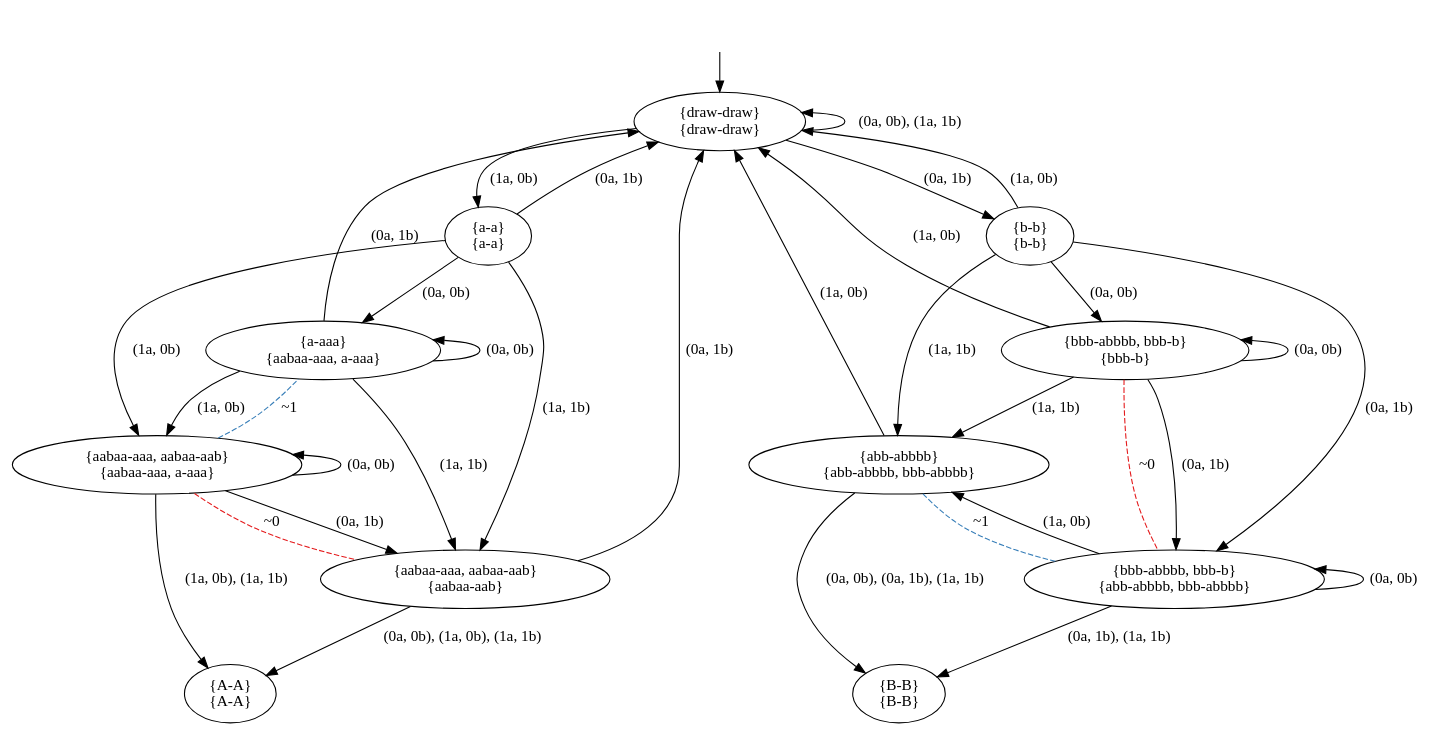
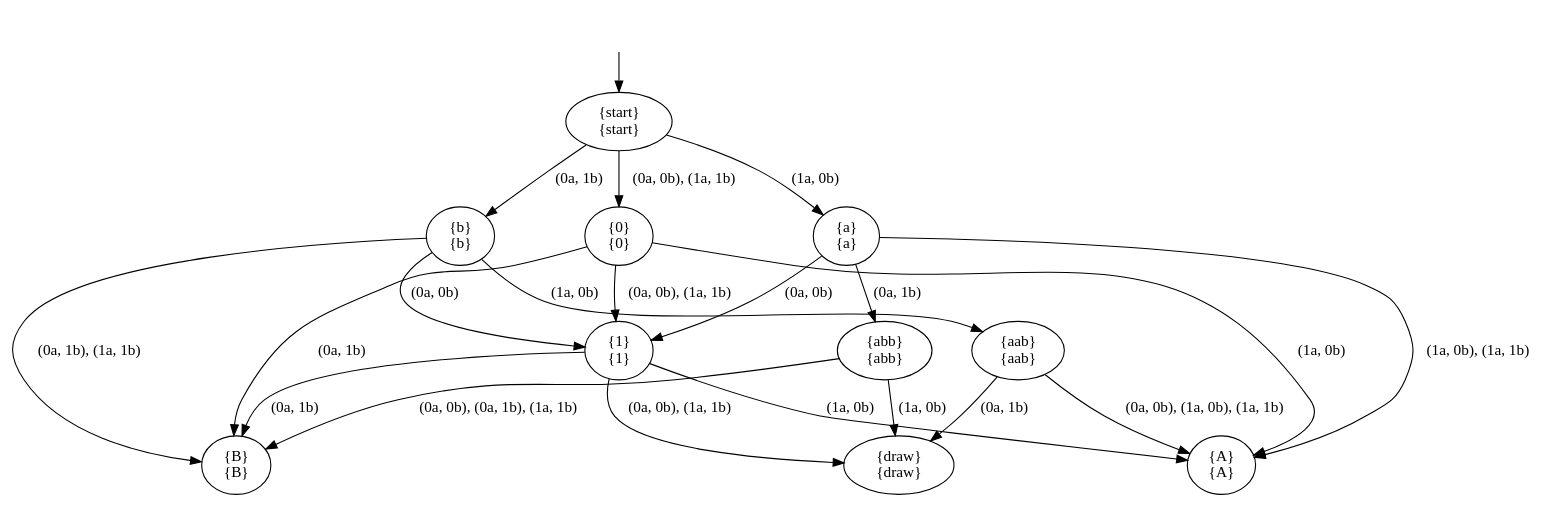
Before and after one commit to olandr/mkbsc: the diagram in pictures/GK2.dot, drawn with Graphviz. The commit also changed 4 other files, not shown here.

```diff
--- a/pictures/GK2.dot
+++ b/pictures/GK2.dot
@@ -1,52 +1,37 @@
 digraph  {
 concentrate=False;
 nodesep=0.5;
 ranksep=0.5;
 splines=True;
-4690057872 [label="{draw-draw}\n{draw-draw}"];
-4690057424 [label="{a-a}\n{a-a}"];
-4690057368 [label="{b-b}\n{b-b}"];
-4690057816 [label="{a-aaa}\n{aabaa-aaa, a-aaa}"];
-4690058040 [label="{aabaa-aaa, aabaa-aab}\n{aabaa-aaa, a-aaa}"];
-4690058432 [label="{aabaa-aaa, aabaa-aab}\n{aabaa-aab}"];
-4690058824 [label="{bbb-abbbb, bbb-b}\n{bbb-b}"];
-4690059216 [label="{bbb-abbbb, bbb-b}\n{abb-abbbb, bbb-abbbb}"];
-4689963944 [label="{abb-abbbb}\n{abb-abbbb, bbb-abbbb}"];
-4689963664 [label="{A-A}\n{A-A}"];
-4690125432 [label="{B-B}\n{B-B}"];
+4707407184 [label="{start}\n{start}"];
+4707051056 [label="{0}\n{0}"];
+4707437480 [label="{a}\n{a}"];
+4707043760 [label="{b}\n{b}"];
+4707445056 [label="{1}\n{1}"];
+4707445224 [label="{A}\n{A}"];
+4707445336 [label="{B}\n{B}"];
+4707445560 [label="{abb}\n{abb}"];
+4707445728 [label="{aab}\n{aab}"];
+4707445952 [label="{draw}\n{draw}"];
 hidden [label="", shape=none];
-4690057872 -> 4690057424  [action="('1a', '0b')", key="('1a', '0b')", label="(1a, 0b)"];
-4690057872 -> 4690057368  [action="('0a', '1b')", key="('0a', '1b')", label="(0a, 1b)"];
-4690057872 -> 4690057872  [action="(('0a', '0b'), ('1a', '1b'))", dir=back, key="(('0a', '0b'), ('1a', '1b'))", label="(0a, 0b), (1a, 1b)"];
-4690057424 -> 4690057816  [action="('0a', '0b')", key="('0a', '0b')", label="(0a, 0b)"];
-4690057424 -> 4690058040  [action="('1a', '0b')", key="('1a', '0b')", label="(1a, 0b)"];
-4690057424 -> 4690057872  [action="('0a', '1b')", key="('0a', '1b')", label="(0a, 1b)"];
-4690057424 -> 4690058432  [action="('1a', '1b')", key="('1a', '1b')", label="(1a, 1b)"];
-4690057368 -> 4690058824  [action="('0a', '0b')", key="('0a', '0b')", label="(0a, 0b)"];
-4690057368 -> 4690057872  [action="('1a', '0b')", key="('1a', '0b')", label="(1a, 0b)"];
-4690057368 -> 4690059216  [action="('0a', '1b')", key="('0a', '1b')", label="(0a, 1b)"];
-4690057368 -> 4689963944  [action="('1a', '1b')", key="('1a', '1b')", label="(1a, 1b)"];
-4690057816 -> 4690057816  [action="('0a', '0b')", dir=back, key="('0a', '0b')", label="(0a, 0b)"];
-4690057816 -> 4690058040  [action="('1a', '0b')", key="('1a', '0b')", label="(1a, 0b)"];
-4690057816 -> 4690057872  [action="('0a', '1b')", key="('0a', '1b')", label="(0a, 1b)"];
-4690057816 -> 4690058432  [action="('1a', '1b')", key="('1a', '1b')", label="(1a, 1b)"];
-4690058040 -> 4690058040  [action="('0a', '0b')", dir=back, key="('0a', '0b')", label="(0a, 0b)"];
-4690058040 -> 4690058432  [action="('0a', '1b')", key="('0a', '1b')", label="(0a, 1b)"];
-4690058040 -> 4690058432  [arrowhead=none, color=1, colorscheme=set19, constraint=True, key=1, label="~0", style=dashed];
-4690058040 -> 4689963664  [action="(('1a', '0b'), ('1a', '1b'))", key="(('1a', '0b'), ('1a', '1b'))", label="(1a, 0b), (1a, 1b)"];
-4690058040 -> 4690057816  [arrowhead=none, color=2, colorscheme=set19, constraint=True, key=0, label="~1", style=dashed];
-4690058432 -> 4690057872  [action="('0a', '1b')", key="('0a', '1b')", label="(0a, 1b)"];
-4690058432 -> 4689963664  [action="(('0a', '0b'), ('1a', '0b'), ('1a', '1b'))", key="(('0a', '0b'), ('1a', '0b'), ('1a', '1b'))", label="(0a, 0b), (1a, 0b), (1a, 1b)"];
-4690058824 -> 4690058824  [action="('0a', '0b')", dir=back, key="('0a', '0b')", label="(0a, 0b)"];
-4690058824 -> 4690057872  [action="('1a', '0b')", key="('1a', '0b')", label="(1a, 0b)"];
-4690058824 -> 4690059216  [action="('0a', '1b')", key="('0a', '1b')", label="(0a, 1b)"];
-4690058824 -> 4690059216  [arrowhead=none, color=1, colorscheme=set19, constraint=True, key=1, label="~0", style=dashed];
-4690058824 -> 4689963944  [action="('1a', '1b')", key="('1a', '1b')", label="(1a, 1b)"];
-4690059216 -> 4690059216  [action="('0a', '0b')", dir=back, key="('0a', '0b')", label="(0a, 0b)"];
-4690059216 -> 4689963944  [action="('1a', '0b')", key="('1a', '0b')", label="(1a, 0b)"];
-4690059216 -> 4690125432  [action="(('0a', '1b'), ('1a', '1b'))", key="(('0a', '1b'), ('1a', '1b'))", label="(0a, 1b), (1a, 1b)"];
-4689963944 -> 4690057872  [action="('1a', '0b')", key="('1a', '0b')", label="(1a, 0b)"];
-4689963944 -> 4690125432  [action="(('0a', '0b'), ('0a', '1b'), ('1a', '1b'))", key="(('0a', '0b'), ('0a', '1b'), ('1a', '1b'))", label="(0a, 0b), (0a, 1b), (1a, 1b)"];
-4689963944 -> 4690059216  [arrowhead=none, color=2, colorscheme=set19, constraint=True, key=0, label="~1", style=dashed];
-hidden -> 4690057872  [key=0];
+4707407184 -> 4707437480  [action="('1a', '0b')", key="('1a', '0b')", label="(1a, 0b)"];
+4707407184 -> 4707043760  [action="('0a', '1b')", key="('0a', '1b')", label="(0a, 1b)"];
+4707407184 -> 4707051056  [action="(('0a', '0b'), ('1a', '1b'))", key="(('0a', '0b'), ('1a', '1b'))", label="(0a, 0b), (1a, 1b)"];
+4707051056 -> 4707445224  [action="('1a', '0b')", key="('1a', '0b')", label="(1a, 0b)"];
+4707051056 -> 4707445336  [action="('0a', '1b')", key="('0a', '1b')", label="(0a, 1b)"];
+4707051056 -> 4707445056  [action="(('0a', '0b'), ('1a', '1b'))", key="(('0a', '0b'), ('1a', '1b'))", label="(0a, 0b), (1a, 1b)"];
+4707437480 -> 4707445056  [action="('0a', '0b')", key="('0a', '0b')", label="(0a, 0b)"];
+4707437480 -> 4707445560  [action="('0a', '1b')", key="('0a', '1b')", label="(0a, 1b)"];
+4707437480 -> 4707445224  [action="(('1a', '0b'), ('1a', '1b'))", key="(('1a', '0b'), ('1a', '1b'))", label="(1a, 0b), (1a, 1b)"];
+4707043760 -> 4707445056  [action="('0a', '0b')", key="('0a', '0b')", label="(0a, 0b)"];
+4707043760 -> 4707445728  [action="('1a', '0b')", key="('1a', '0b')", label="(1a, 0b)"];
+4707043760 -> 4707445336  [action="(('0a', '1b'), ('1a', '1b'))", key="(('0a', '1b'), ('1a', '1b'))", label="(0a, 1b), (1a, 1b)"];
+4707445056 -> 4707445224  [action="('1a', '0b')", key="('1a', '0b')", label="(1a, 0b)"];
+4707445056 -> 4707445336  [action="('0a', '1b')", key="('0a', '1b')", label="(0a, 1b)"];
+4707445056 -> 4707445952  [action="(('0a', '0b'), ('1a', '1b'))", key="(('0a', '0b'), ('1a', '1b'))", label="(0a, 0b), (1a, 1b)"];
+4707445560 -> 4707445952  [action="('1a', '0b')", key="('1a', '0b')", label="(1a, 0b)"];
+4707445560 -> 4707445336  [action="(('0a', '0b'), ('0a', '1b'), ('1a', '1b'))", key="(('0a', '0b'), ('0a', '1b'), ('1a', '1b'))", label="(0a, 0b), (0a, 1b), (1a, 1b)"];
+4707445728 -> 4707445952  [action="('0a', '1b')", key="('0a', '1b')", label="(0a, 1b)"];
+4707445728 -> 4707445224  [action="(('0a', '0b'), ('1a', '0b'), ('1a', '1b'))", key="(('0a', '0b'), ('1a', '0b'), ('1a', '1b'))", label="(0a, 0b), (1a, 0b), (1a, 1b)"];
+hidden -> 4707407184  [key=0];
 }
```
